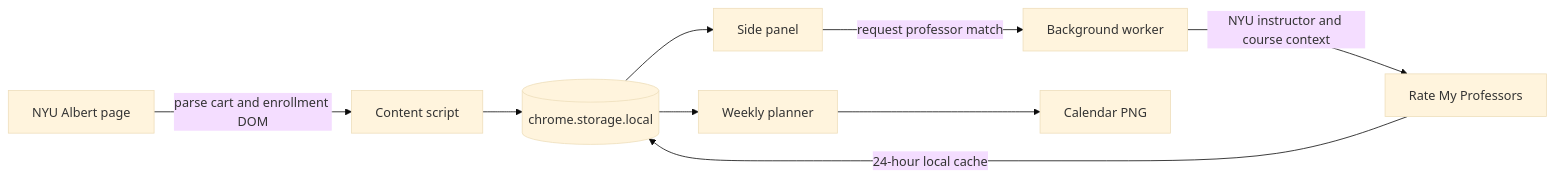
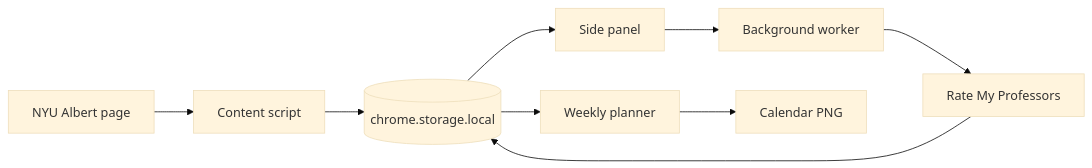
One commit to Bruscheto/Albert-Planner changed the diagram in README.md. Above: the diagram before and after it, drawn with Mermaid (base theme). The commit also changed other lines of this file, not shown here.

````diff
--- a/README.md
+++ b/README.md
@@ -41,11 +42,11 @@
 ```mermaid
 flowchart LR
-    A["NYU Albert page"] -->|parse cart and enrollment DOM| B["Content script"]
+    A["NYU Albert page"] --> B["Content script"]
     B --> C[("chrome.storage.local")]
     C --> D["Side panel"]
     C --> E["Weekly planner"]
-    D -->|request professor match| F["Background worker"]
-    F -->|NYU instructor and course context| G["Rate My Professors"]
-    G -->|24-hour local cache| C
+    D --> F["Background worker"]
+    F --> G["Rate My Professors"]
+    G --> C
     E --> H["Calendar PNG"]
 ```
````
